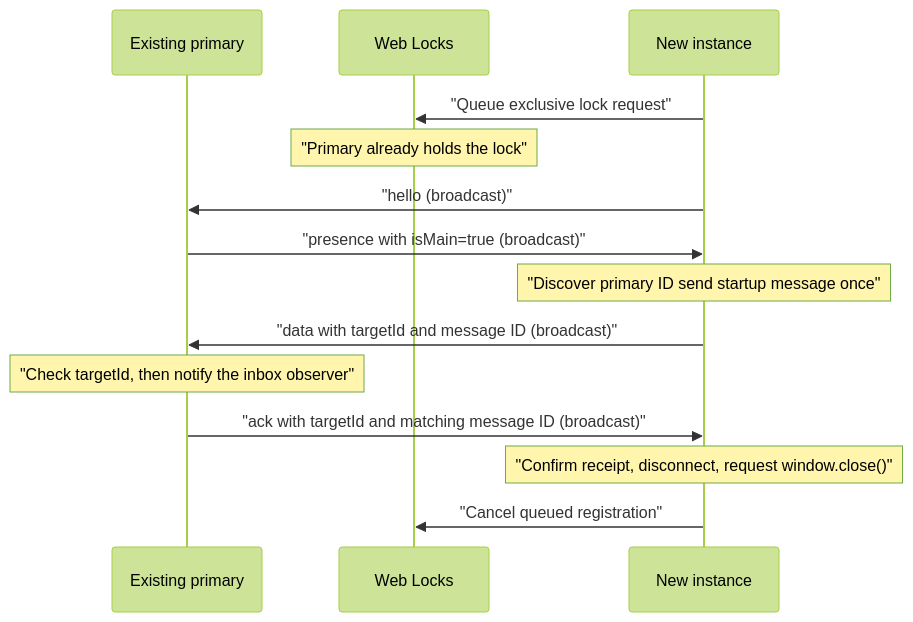
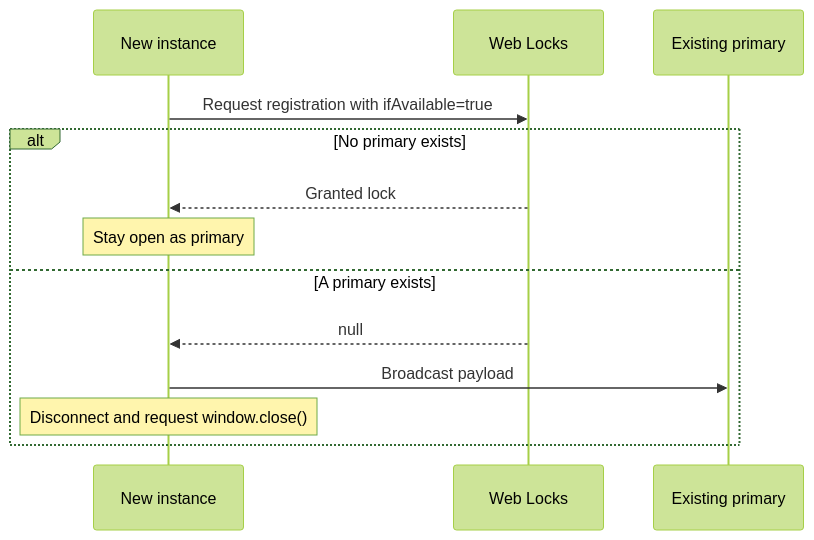
One commit to holisticon/single-tab-demo changed the diagram in sync-tabs/README.md. Above: the diagram before and after it, drawn with Mermaid (forest theme). The commit also changed other lines of this file and 16 other files, not shown here.

````diff
--- a/sync-tabs/README.md
+++ b/sync-tabs/README.md
@@ -67,16 +50,15 @@
 ```mermaid
 sequenceDiagram
+    participant N as New instance
+    participant L as Web Locks
     participant P as Existing primary
-    participant L as Web Locks
-    participant S as New instance
-    S->>L: "Queue exclusive lock request"
-    Note over L: "Primary already holds the lock"
-    S->>P: "hello (broadcast)"
-    P->>S: "presence with isMain=true (broadcast)"
-    Note over S: "Discover primary ID send startup message once"
-    S->>P: "data with targetId and message ID (broadcast)"
-    Note over P: "Check targetId, then notify the inbox observer"
-    P->>S: "ack with targetId and matching message ID (broadcast)"
-    Note over S: "Confirm receipt, disconnect, request window.close()"
-    S->>L: "Cancel queued registration"
+    N->>L: Request registration with ifAvailable=true
+    alt No primary exists
+        L-->>N: Granted lock
+        Note over N: Stay open as primary
+    else A primary exists
+        L-->>N: null
+        N->>P: Broadcast payload
+        Note over N: Disconnect and request window.close()
+    end
 ```
````
